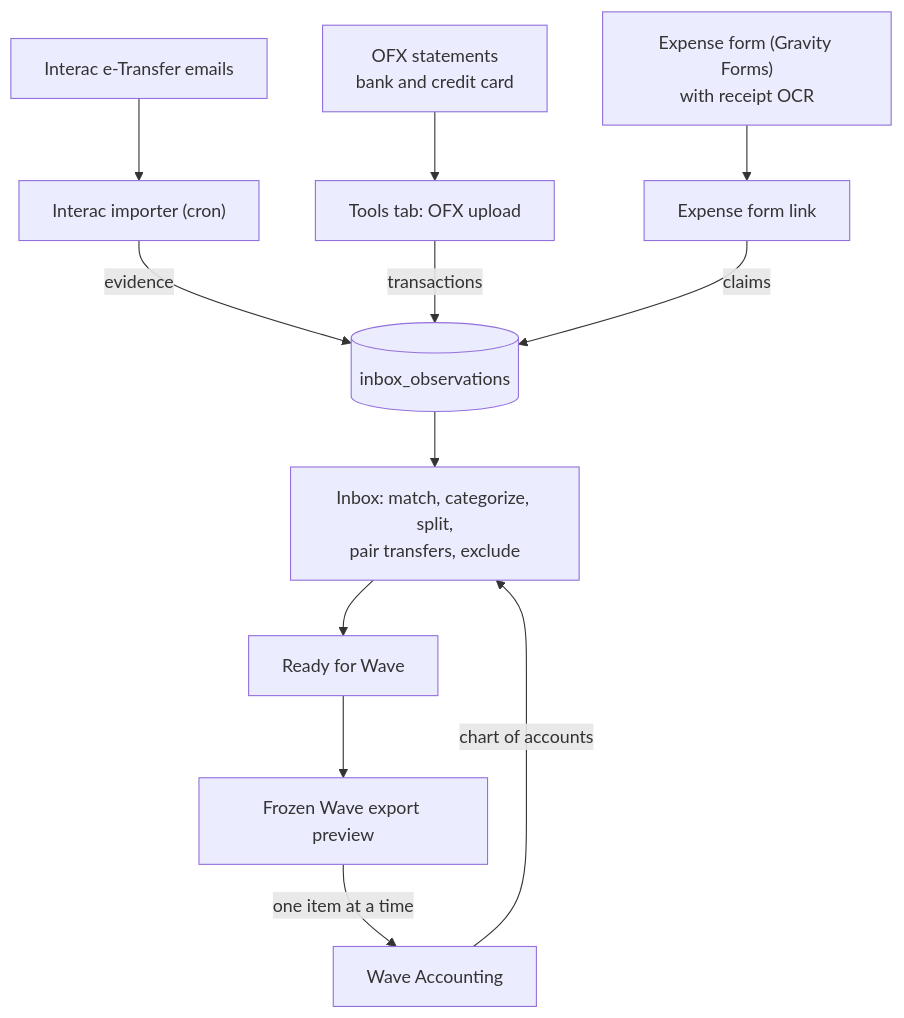
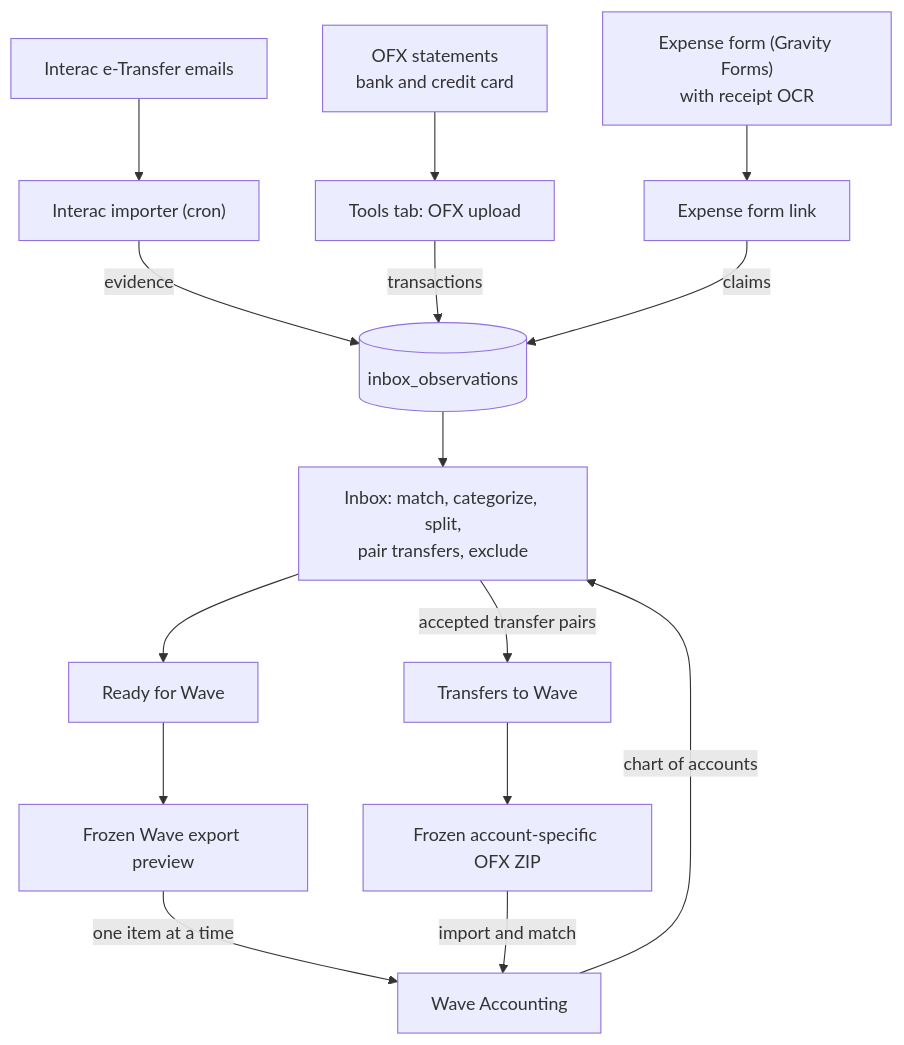
The diagram in README.md (kapn1966/scout-accounting-toolkit), drawn with Mermaid before and after one commit. The commit also changed other lines of this file and 18 other files, not shown here.

First line of the commit message:
feat(transfers): add frozen OFX batch workflow

````diff
--- a/README.md
+++ b/README.md
@@ -16,16 +16,19 @@
 ```mermaid
 flowchart TB
     MAIL["Interac e-Transfer emails"] --> IMAP["Interac importer (cron)"]
     OFX["OFX statements<br/>bank and credit card"] --> UP["Tools tab: OFX upload"]
     FORM["Expense form (Gravity Forms)<br/>with receipt OCR"] --> GF["Expense form link"]
 
     IMAP -- evidence --> OBS[("inbox_observations")]
     UP -- transactions --> OBS
     GF -- claims --> OBS
 
     OBS --> INBOX["Inbox: match, categorize, split,<br/>pair transfers, exclude"]
     INBOX --> RDY["Ready for Wave"]
     RDY --> PREVIEW["Frozen Wave export preview"]
     PREVIEW -- "one item at a time" --> WAVE["Wave Accounting"]
+    INBOX -- "accepted transfer pairs" --> TOFX["Transfers to Wave"]
+    TOFX --> OFXZIP["Frozen account-specific OFX ZIP"]
+    OFXZIP -- "import and match" --> WAVE
     WAVE -- "chart of accounts" --> INBOX
 ```
````
